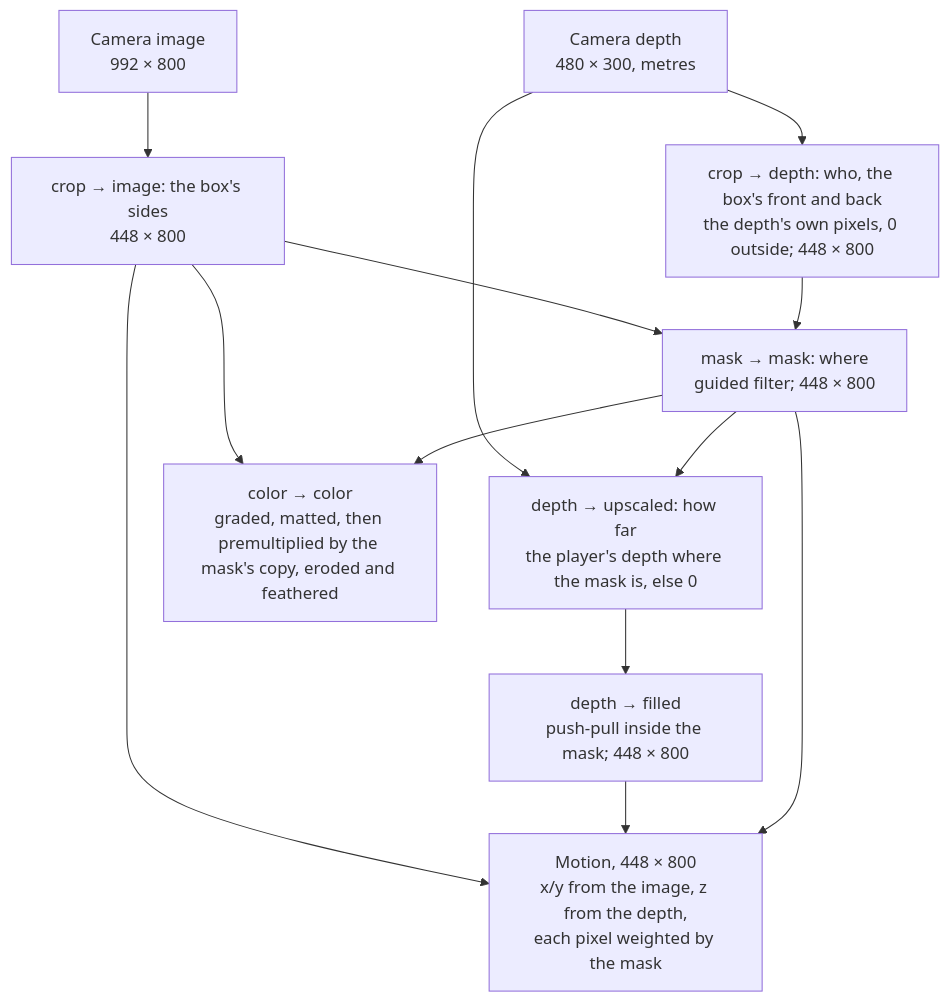
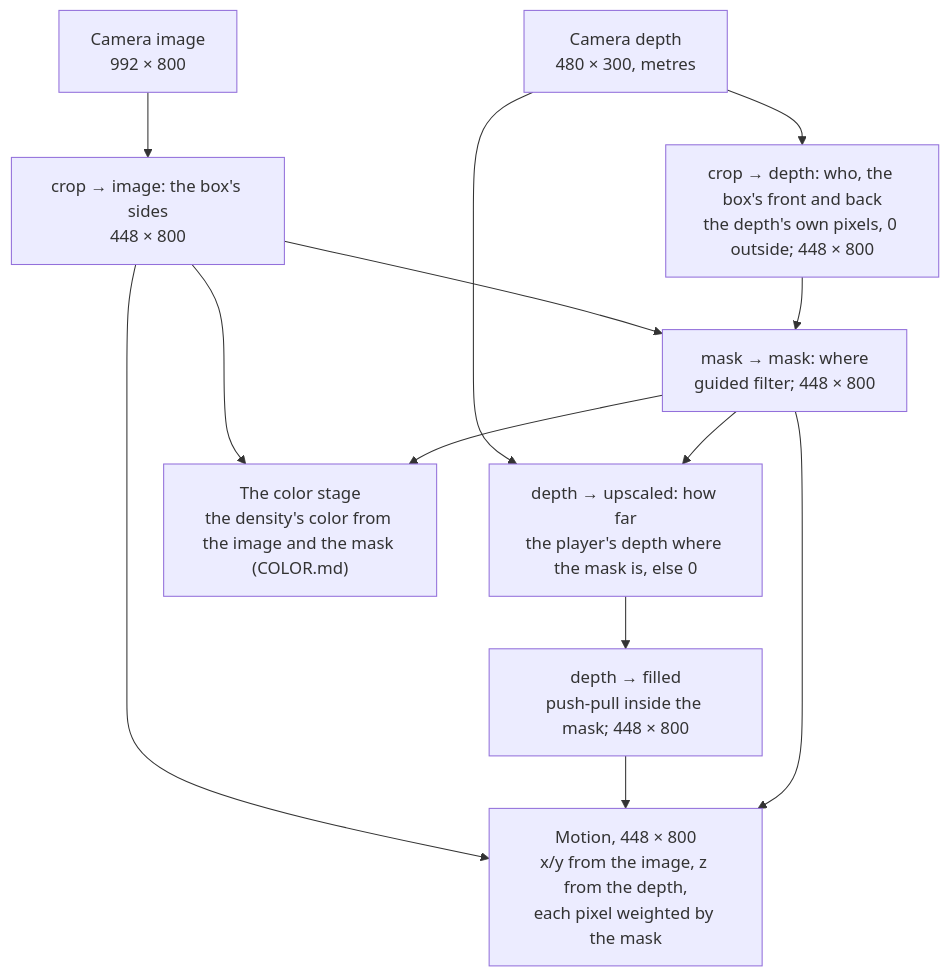
Before and after one commit to moostrik/Poser2: the diagram in modules/flow/VIEW.md, drawn with Mermaid. The commit also changed other lines of this file and 39 other files, not shown here.

````diff
--- a/modules/flow/VIEW.md
+++ b/modules/flow/VIEW.md
@@ -33,23 +31,23 @@
 ```mermaid
 flowchart TB
   I["Camera image<br/>992 × 800"]
   D["Camera depth<br/>480 × 300, metres"]
   C["crop → image: the box's sides<br/>448 × 800"]
   K["crop → depth: who, the box's front and back<br/>the depth's own pixels, 0 outside; 448 × 800"]
   M["mask → mask: where<br/>guided filter; 448 × 800"]
   R["depth → upscaled: how far<br/>the player's depth where the mask is, else 0"]
   F["depth → filled<br/>push-pull inside the mask; 448 × 800"]
-  G["color → color<br/>graded, matted, then premultiplied by the mask's copy, eroded and feathered"]
+  G["The color stage<br/>the density's color from the image and the mask (COLOR.md)"]
   MO["Motion, 448 × 800<br/>x/y from the image, z from the depth,<br/>each pixel weighted by the mask"]
   I --> C
   D --> K
   C --> M
   K --> M
   D --> R
   M --> R --> F
   C --> G
   M --> G
   C --> MO
   F --> MO
   M --> MO
 ```
````
